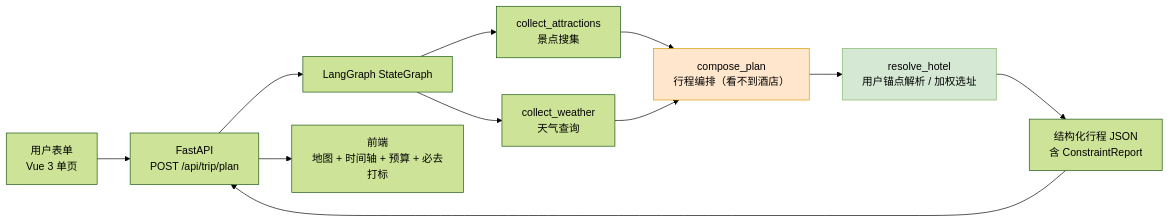
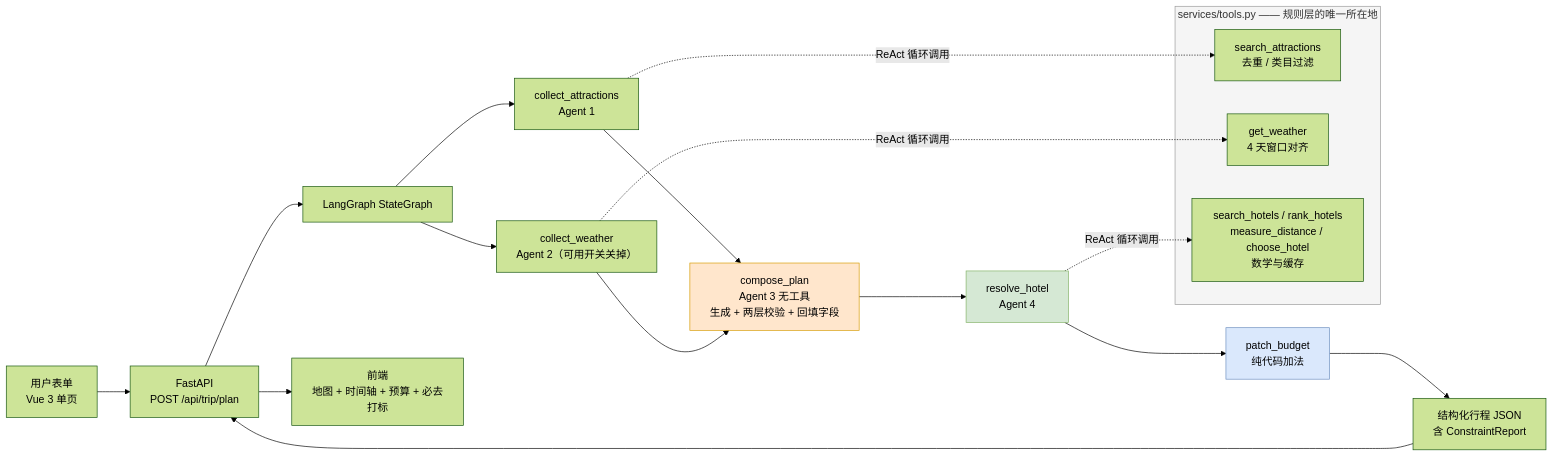
Before and after one commit to khanvhujil-byte/yuncheng-agent: the first of 4 diagrams in docs/需求文档.md, drawn with Mermaid (forest theme). The commit also changed other lines of this file and 23 other files, not shown here.

````diff
--- a/docs/需求文档.md
+++ b/docs/需求文档.md
@@ -352,15 +391,28 @@
 ```mermaid
 flowchart LR
   U["用户表单<br/>Vue 3 单页"] --> API["FastAPI<br/>POST /api/trip/plan"]
   API --> G["LangGraph StateGraph"]
-  G --> A["collect_attractions<br/>景点搜集"]
-  G --> W["collect_weather<br/>天气查询"]
-  A --> P["compose_plan<br/>行程编排（看不到酒店）"]
+  G --> A["collect_attractions<br/>Agent 1"]
+  G --> W["collect_weather<br/>Agent 2（可用开关关掉）"]
+  A --> P["compose_plan<br/>Agent 3 无工具<br/>生成 + 两层校验 + 回填字段"]
   W --> P
-  P --> RH["resolve_hotel<br/>用户锚点解析 / 加权选址"]
-  RH --> R["结构化行程 JSON<br/>含 ConstraintReport"]
+  P --> RH["resolve_hotel<br/>Agent 4"]
+  RH --> B["patch_budget<br/>纯代码加法"]
+  B --> R["结构化行程 JSON<br/>含 ConstraintReport"]
   R --> API
   API --> FE["前端<br/>地图 + 时间轴 + 预算 + 必去打标"]
+
+  subgraph TOOLS["services/tools.py —— 规则层的唯一所在地"]
+    T1["search_attractions<br/>去重 / 类目过滤"]
+    T2["get_weather<br/>4 天窗口对齐"]
+    T3["search_hotels / rank_hotels<br/>measure_distance / choose_hotel<br/>数学与缓存"]
+  end
+  A -. "ReAct 循环调用" .-> T1
+  W -. "ReAct 循环调用" .-> T2
+  RH -. "ReAct 循环调用" .-> T3
+
   style P fill:#ffe6cc,stroke:#d79b00
   style RH fill:#d5e8d4,stroke:#82b366
+  style B fill:#dae8fc,stroke:#6c8ebf
+  style TOOLS fill:#f5f5f5,stroke:#999999
 ```
````
